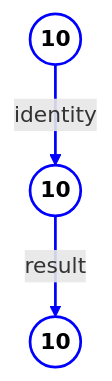
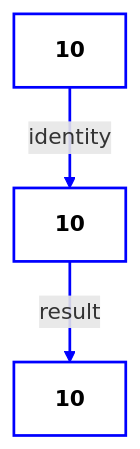
The ninth of 10 diagrams in posts/category-theory-functional-programming/index.qmd (antomon/antomon.github.io), drawn with Mermaid before and after one commit. The commit also changed other lines of this file and 6 other files, not shown here.

````diff
--- a/posts/category-theory-functional-programming/index.qmd
+++ b/posts/category-theory-functional-programming/index.qmd
@@ -526,11 +513,11 @@
 ```{mermaid}
+%%| fig-align: center
 %%| fig-cap: "This diagram illustrates the identity function, where the input is passed through unchanged"
-%%| fig-align: center
 
 graph TD
   classDef default fill:#ffffff,stroke:#0000ff,stroke-width:2px,color:#000000,font-weight:bold
   linkStyle default stroke:#0000ff,stroke-width:2px,fill:none
 
-  A((10)) -->|"identity"| B((10))
-  B -->|"result"| C((10))
+  A["10"] -->|"identity"| B["10"]
+  B -->|"result"| C["10"]
 ```
````
